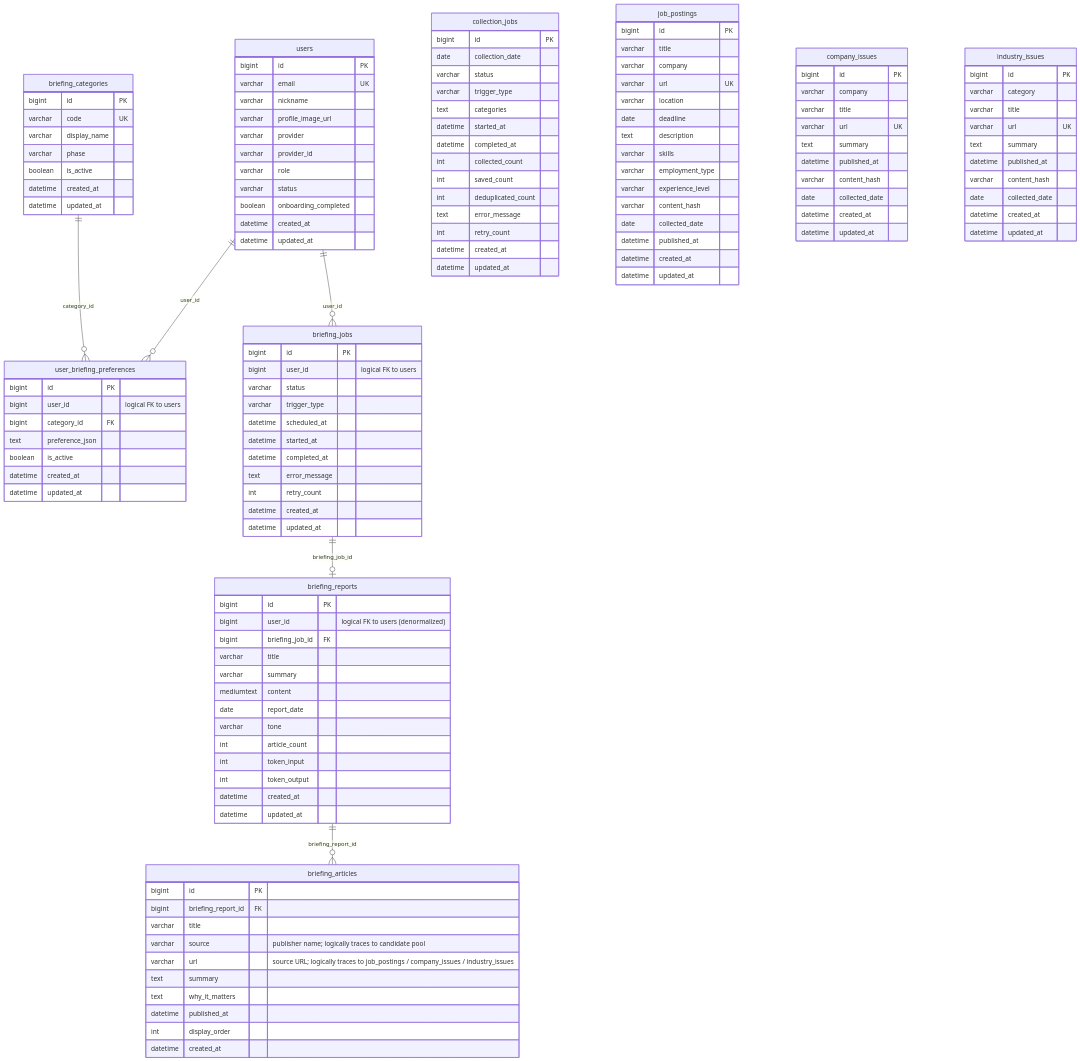
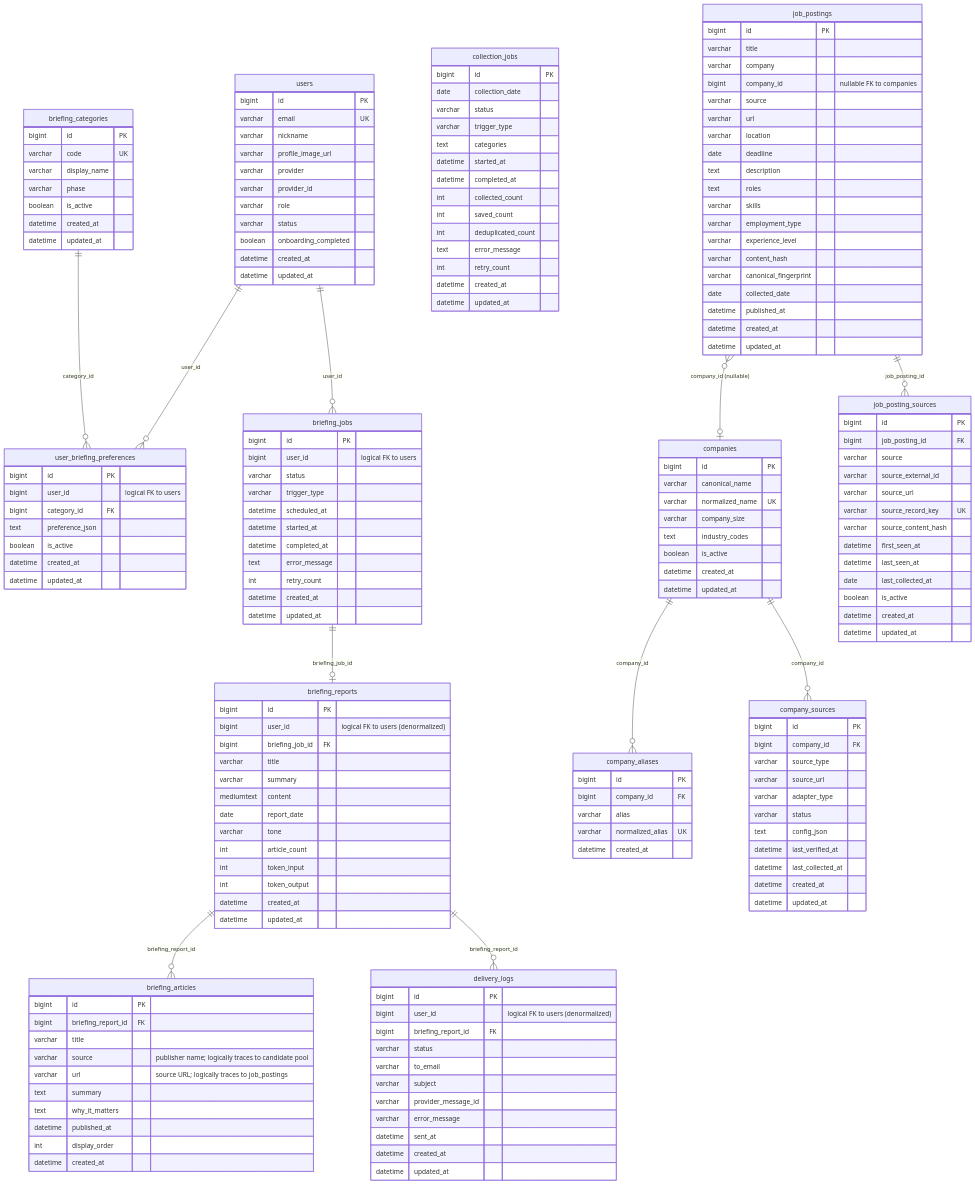
The diagram in docs/database.md (ljyljy020202/Briefy), drawn with Mermaid before and after one commit. The commit also changed other lines of this file and 2 other files, not shown here.

````diff
--- a/docs/database.md
+++ b/docs/database.md
@@ -63,46 +64,73 @@
         datetime updated_at
     }
 
+    companies {
+        bigint id PK
+        varchar canonical_name
+        varchar normalized_name UK
+        varchar company_size
+        text industry_codes
+        boolean is_active
+        datetime created_at
+        datetime updated_at
+    }
+
+    company_aliases {
+        bigint id PK
+        bigint company_id FK
+        varchar alias
+        varchar normalized_alias UK
+        datetime created_at
+    }
+
+    company_sources {
+        bigint id PK
+        bigint company_id FK
+        varchar source_type
+        varchar source_url
+        varchar adapter_type
+        varchar status
+        text config_json
+        datetime last_verified_at
+        datetime last_collected_at
+        datetime created_at
+        datetime updated_at
+    }
+
     job_postings {
         bigint id PK
         varchar title
         varchar company
-        varchar url UK
+        bigint company_id "nullable FK to companies"
+        varchar source
+        varchar url
         varchar location
         date deadline
         text description
+        text roles
         varchar skills
         varchar employment_type
         varchar experience_level
         varchar content_hash
+        varchar canonical_fingerprint
         date collected_date
         datetime published_at
         datetime created_at
         datetime updated_at
     }
 
-    company_issues {
+    job_posting_sources {
         bigint id PK
-        varchar company
-        varchar title
-        varchar url UK
-        text summary
-        datetime published_at
-        varchar content_hash
-        date collected_date
-        datetime created_at
-        datetime updated_at
-    }
-
-    industry_issues {
-        bigint id PK
-        varchar category
-        varchar title
-        varchar url UK
-        text summary
-        datetime published_at
-        varchar content_hash
-        date collected_date
+        bigint job_posting_id FK
+        varchar source
+        varchar source_external_id
+        varchar source_url
+        varchar source_record_key UK
+        varchar source_content_hash
+        datetime first_seen_at
+        datetime last_seen_at
+        date last_collected_at
+        boolean is_active
         datetime created_at
         datetime updated_at
     }
@@ -142,7 +170,7 @@
         bigint briefing_report_id FK
         varchar title
         varchar source "publisher name; logically traces to candidate pool"
-        varchar url "source URL; logically traces to job_postings / company_issues / industry_issues"
+        varchar url "source URL; logically traces to job_postings"
         text summary
         text why_it_matters
         datetime published_at
@@ -150,13 +178,32 @@
         datetime created_at
     }
 
+    delivery_logs {
+        bigint id PK
+        bigint user_id "logical FK to users (denormalized)"
+        bigint briefing_report_id FK
+        varchar status
+        varchar to_email
+        varchar subject
+        varchar provider_message_id
+        varchar error_message
+        datetime sent_at
+        datetime created_at
+        datetime updated_at
+    }
+
     %% Planned (not yet implemented as Java entities):
-    %% delivery_logs  — email send attempts per briefing_report
-    %% user_feedback  — user reactions to briefing reports
+    %% user_feedbacks       — user reactions to briefing reports
+    %% notification_settings — per-user delivery time and channel toggles
 
     users ||--o{ user_briefing_preferences : "user_id"
     briefing_categories ||--o{ user_briefing_preferences : "category_id"
     users ||--o{ briefing_jobs : "user_id"
     briefing_jobs ||--o| briefing_reports : "briefing_job_id"
     briefing_reports ||--o{ briefing_articles : "briefing_report_id"
+    briefing_reports ||--o{ delivery_logs : "briefing_report_id"
+    companies ||--o{ company_aliases : "company_id"
+    companies ||--o{ company_sources : "company_id"
+    job_postings }o--o| companies : "company_id (nullable)"
+    job_postings ||--o{ job_posting_sources : "job_posting_id"
 ```
````
